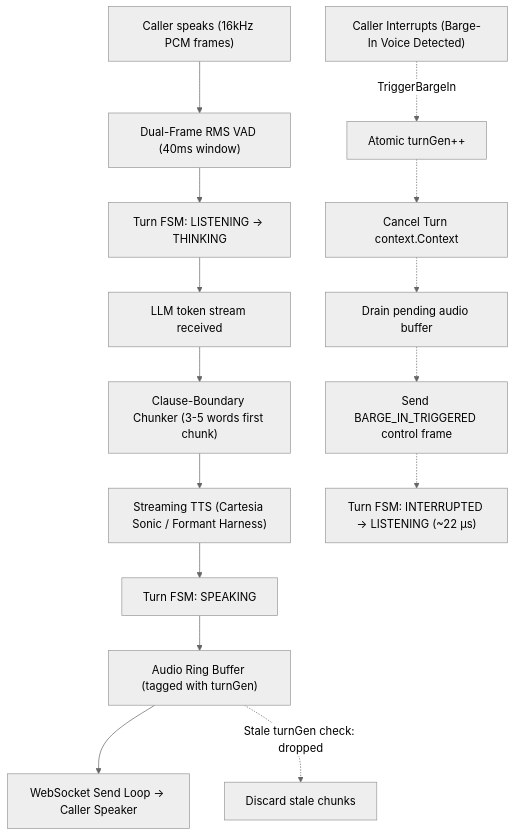
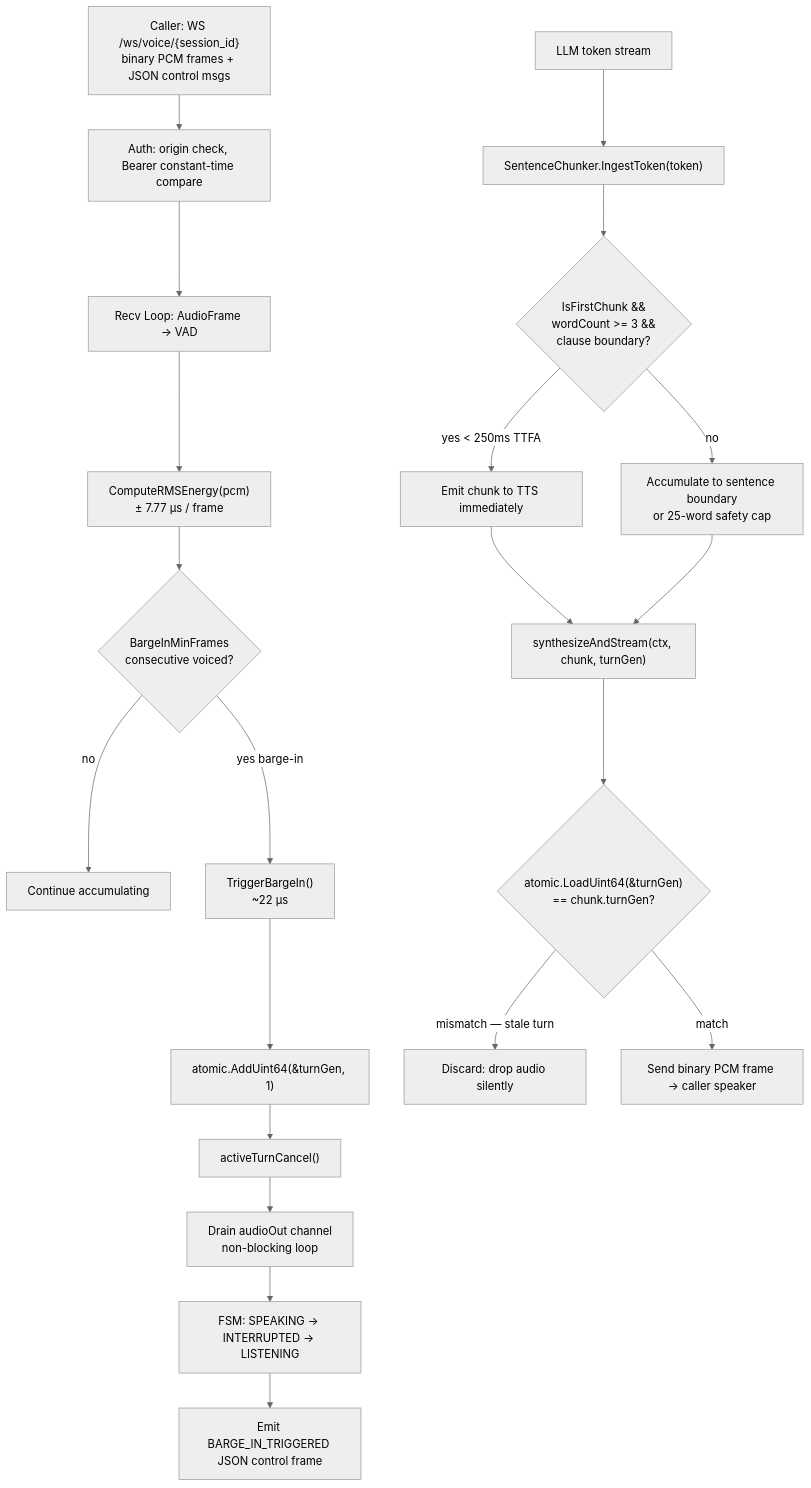
Before and after one commit to yoohooshantanu/turn-orchestrator: the diagram in README.md, drawn with Mermaid (neutral theme). The commit also changed other lines of this file, not shown here.

Commit message:
docs: reframe architecture boundaries, stack role, and production problem

````diff
--- a/README.md
+++ b/README.md
@@ -64,18 +88,24 @@
 ```mermaid
 flowchart TD
-    A["Caller speaks (16kHz PCM frames)"] --> B["Dual-Frame RMS VAD (40ms window)"]
-    B --> C["Turn FSM: LISTENING -> THINKING"]
-    C --> D["LLM token stream received"]
-    D --> E["Clause-Boundary Chunker (3-5 words first chunk)"]
-    E --> F["Streaming TTS (Cartesia Sonic / Formant Harness)"]
-    F --> G["Turn FSM: SPEAKING"]
-    G --> H["Audio Ring Buffer (tagged with turnGen)"]
-    H --> I["WebSocket Send Loop -> Caller Speaker"]
-    
-    J["Caller Interrupts (Barge-In Voice Detected)"] -.->|TriggerBargeIn| K["Atomic turnGen++"]
-    K -.-> L["Cancel Turn context.Context"]
-    L -.-> M["Drain pending audio buffer"]
-    M -.-> N["Send BARGE_IN_TRIGGERED control frame"]
-    N -.-> O["Turn FSM: INTERRUPTED -> LISTENING (~22 µs)"]
-    H -.->|Stale turnGen check: dropped| P["Discard stale chunks"]
+    A["Caller: WS /ws/voice/{session_id}\nbinary PCM frames + JSON control msgs"] --> B["Auth: origin check, Bearer constant-time compare"]
+    B --> C["Recv Loop: AudioFrame → VAD"]
+    C --> D["ComputeRMSEnergy(pcm)\n± 7.77 µs / frame"]
+    D --> E{"BargeInMinFrames\nconsecutive voiced?"}
+    E -->|no| F["Continue accumulating"]
+    E -->|yes barge-in| G["TriggerBargeIn()\n~22 µs"]
+    G --> H["atomic.AddUint64(&turnGen, 1)"]
+    H --> I["activeTurnCancel()"]
+    I --> J["Drain audioOut channel\nnon-blocking loop"]
+    J --> K["FSM: SPEAKING → INTERRUPTED → LISTENING"]
+    K --> L["Emit BARGE_IN_TRIGGERED JSON control frame"]
+
+    M["LLM token stream"] --> N["SentenceChunker.IngestToken(token)"]
+    N --> O{"IsFirstChunk &&\nwordCount >= 3 &&\nclause boundary?"}
+    O -->|yes < 250ms TTFA| P["Emit chunk to TTS immediately"]
+    O -->|no| Q["Accumulate to sentence boundary\nor 25-word safety cap"]
+    P --> R["synthesizeAndStream(ctx, chunk, turnGen)"]
+    Q --> R
+    R --> S{"atomic.LoadUint64(&turnGen)\n== chunk.turnGen?"}
+    S -->|mismatch — stale turn| T["Discard: drop audio silently"]
+    S -->|match| U["Send binary PCM frame → caller speaker"]
 ```
````
